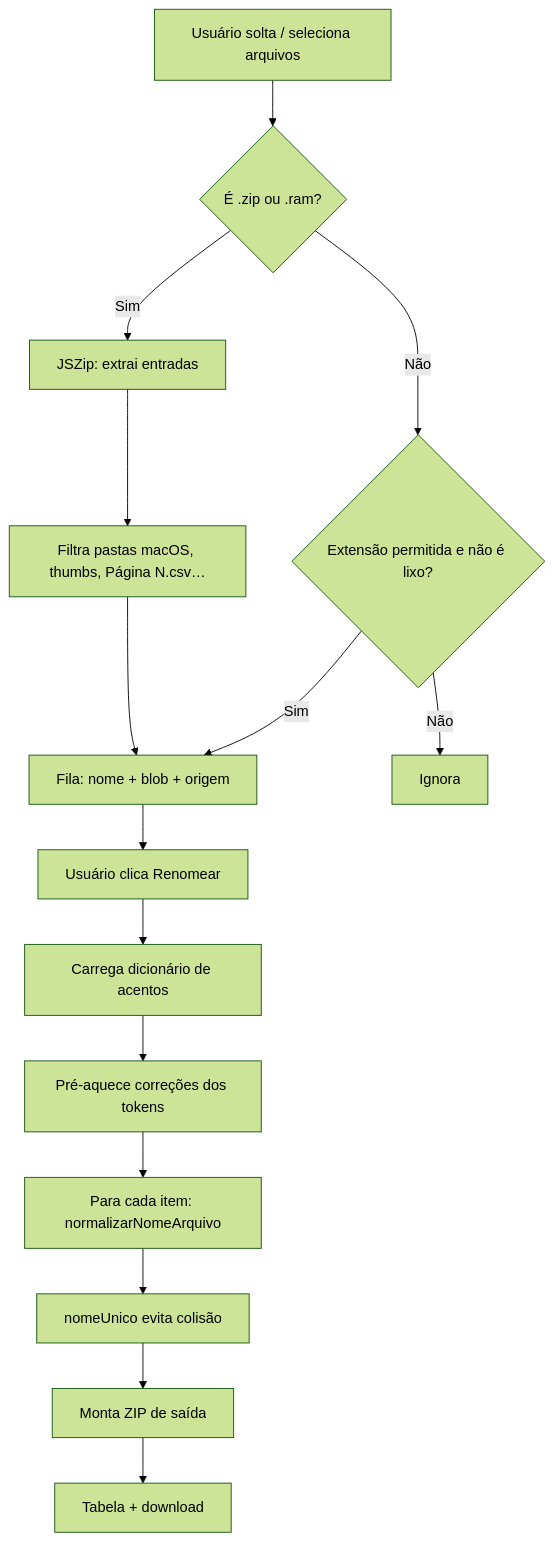
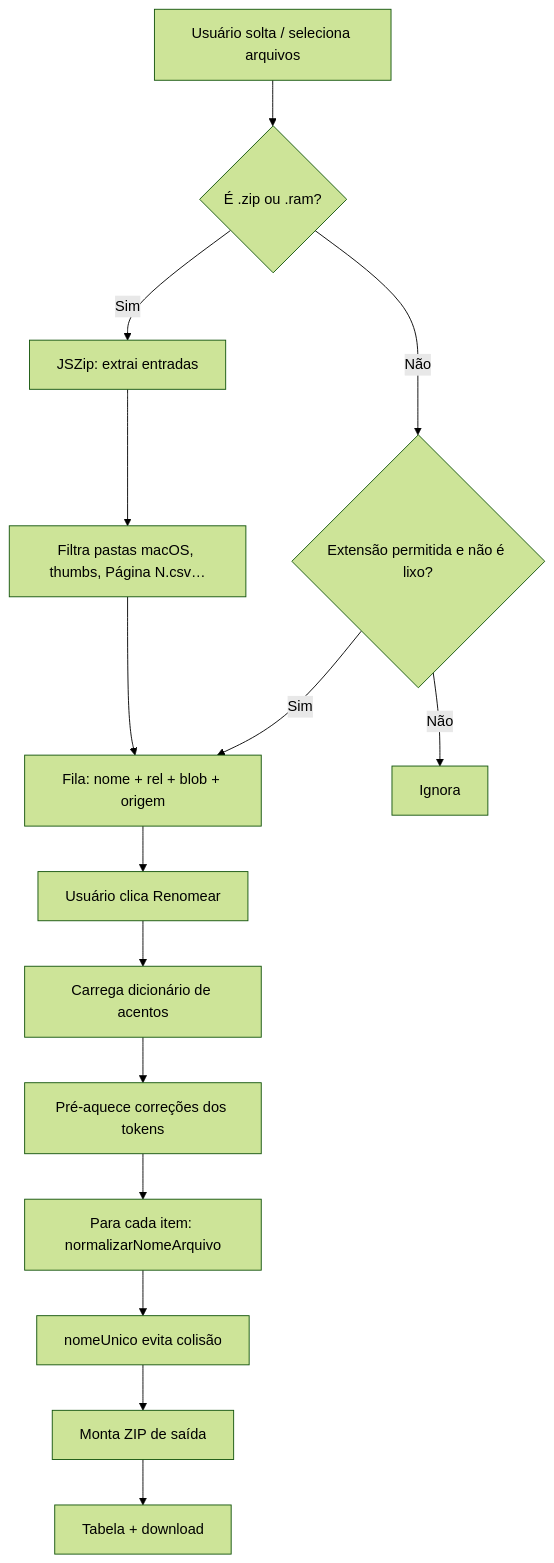
The first of 2 diagrams in Doc/tratamento-nomes.md (Miguel-Tobias-Vaz/centro-operacao), drawn with Mermaid (forest theme) before and after one commit. The commit also changed other lines of this file and 1 other file, not shown here.

````diff
--- a/Doc/tratamento-nomes.md
+++ b/Doc/tratamento-nomes.md
@@ -35,17 +35,17 @@
 ```mermaid
 flowchart TD
     A[Usuário solta / seleciona arquivos] --> B{É .zip ou .ram?}
     B -->|Sim| C[JSZip: extrai entradas]
     C --> D[Filtra pastas macOS, thumbs, Página N.csv…]
-    D --> E[Fila: nome + blob + origem]
+    D --> E[Fila: nome + rel + blob + origem]
     B -->|Não| F{Extensão permitida e não é lixo?}
     F -->|Não| G[Ignora]
     F -->|Sim| E
     E --> H[Usuário clica Renomear]
     H --> I[Carrega dicionário de acentos]
     I --> J[Pré-aquece correções dos tokens]
     J --> K[Para cada item: normalizarNomeArquivo]
     K --> L[nomeUnico evita colisão]
     L --> M[Monta ZIP de saída]
     M --> N[Tabela + download]
 ```
````
